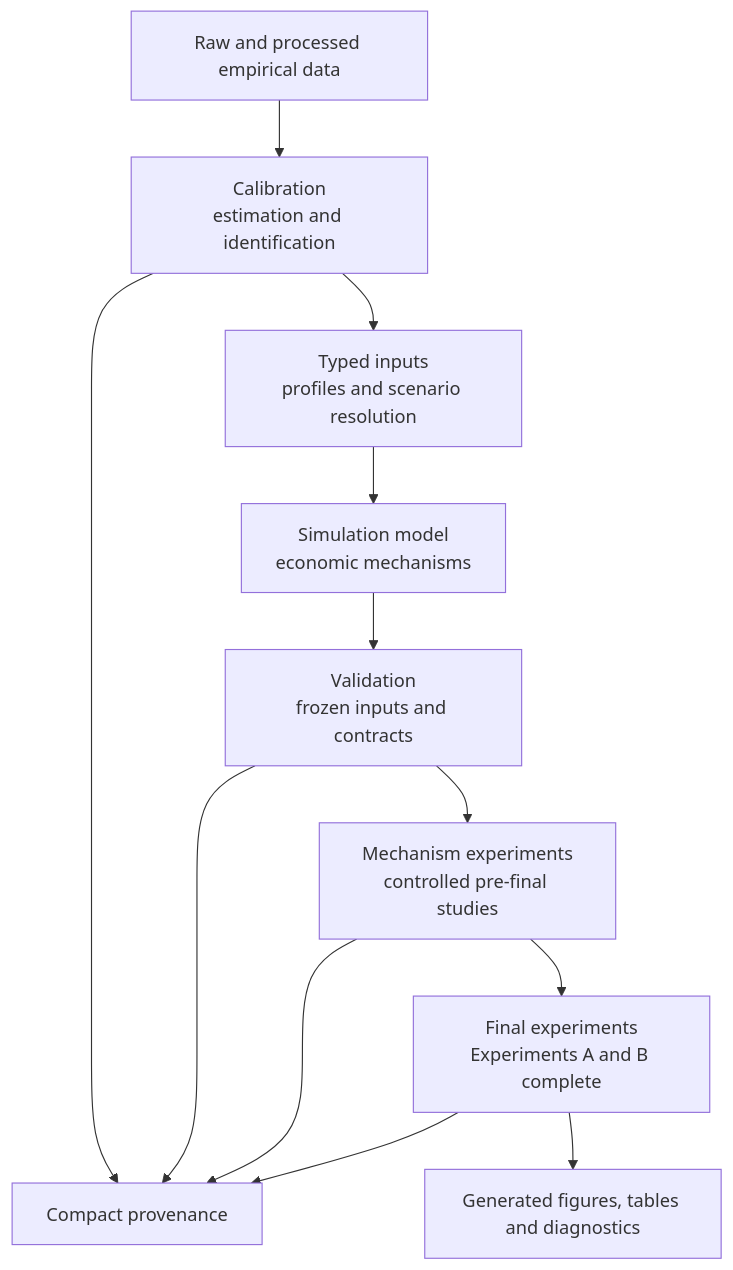
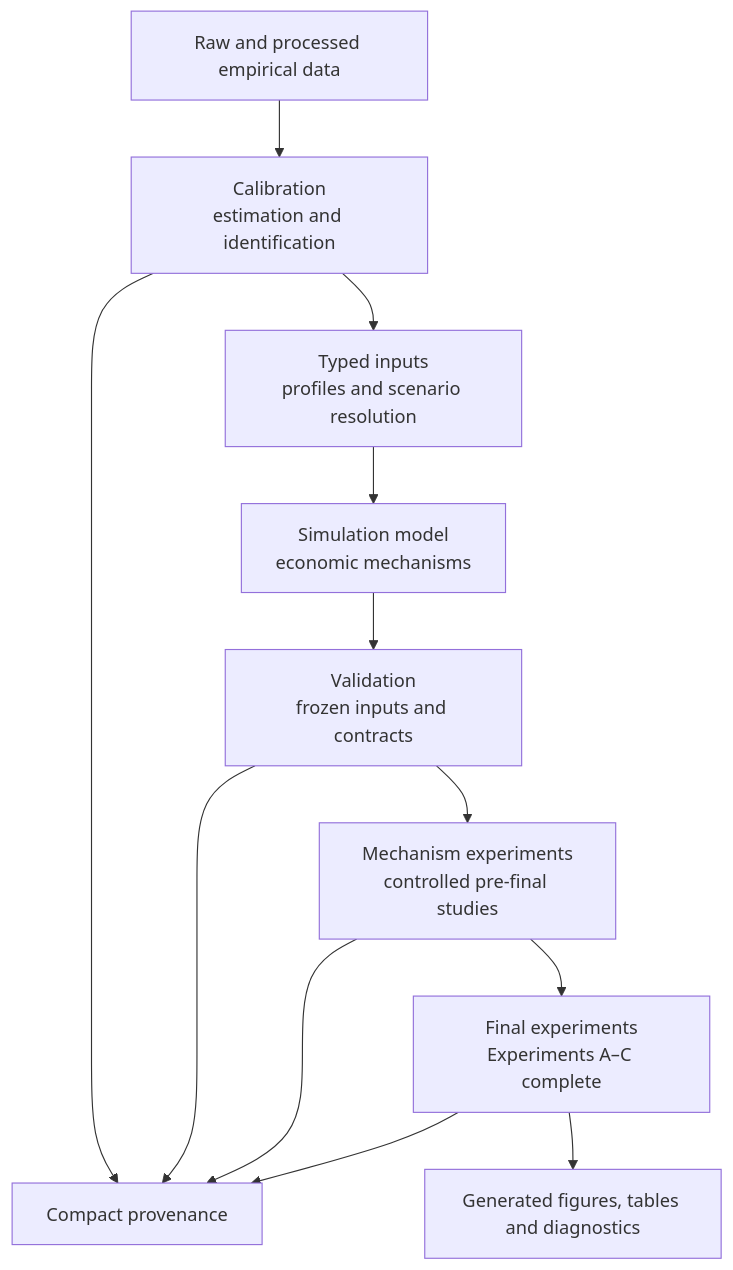
The first of 2 diagrams in docs/overview/project_structure.md (VeroniCup/dai-abm-simulation), drawn with Mermaid before and after one commit. The commit also changed other lines of this file and 21 other files, not shown here.

````diff
--- a/docs/overview/project_structure.md
+++ b/docs/overview/project_structure.md
@@ -9,19 +9,19 @@
 ```mermaid
 flowchart TD
     A["Raw and processed empirical data"]
     B["Calibration<br/>estimation and identification"]
     C["Typed inputs<br/>profiles and scenario resolution"]
     D["Simulation model<br/>economic mechanisms"]
     E["Validation<br/>frozen inputs and contracts"]
     F["Mechanism experiments<br/>controlled pre-final studies"]
-    G["Final experiments<br/>Experiments A and B complete"]
+    G["Final experiments<br/>Experiments A–C complete"]
     H["Compact provenance"]
     I["Generated figures, tables and diagnostics"]
 
     A --> B --> C --> D --> E --> F --> G
     B --> H
     E --> H
     F --> H
     G --> H
     G --> I
 ```
````
